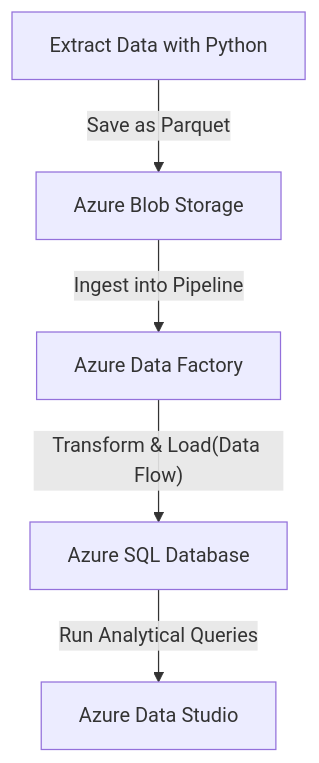
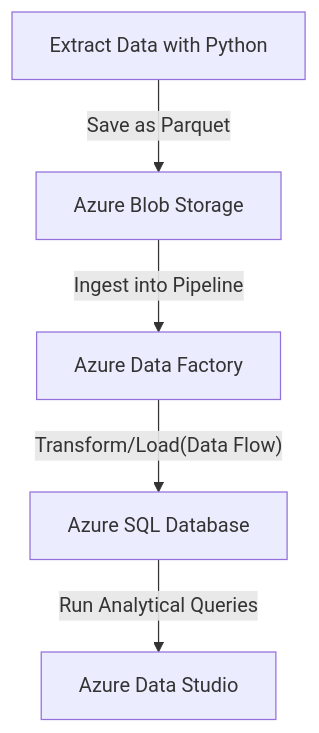
Before and after one commit to alexvidi/Azure-ETL-DataFactory-SQL-analytics: the diagram in README.md, drawn with Mermaid.

Commit message:
readme details fixed

````diff
--- a/README.md
+++ b/README.md
@@ -23,7 +23,7 @@
 ```mermaid
 flowchart TD
     A[Extract Data with Python] -->|Save as Parquet| B[Azure Blob Storage]
     B -->|Ingest into Pipeline| C[Azure Data Factory]
-    C -->|"Transform & Load(Data Flow)"| D[Azure SQL Database]
+    C -->|"Transform/Load(Data Flow)"| D[Azure SQL Database]
     D -->|Run Analytical Queries| E[Azure Data Studio]
 ```
````
